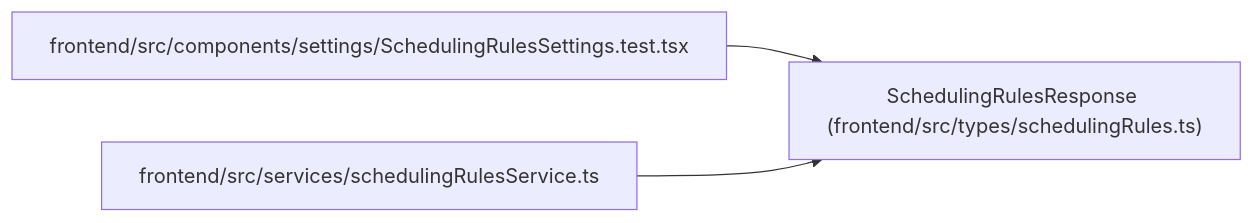
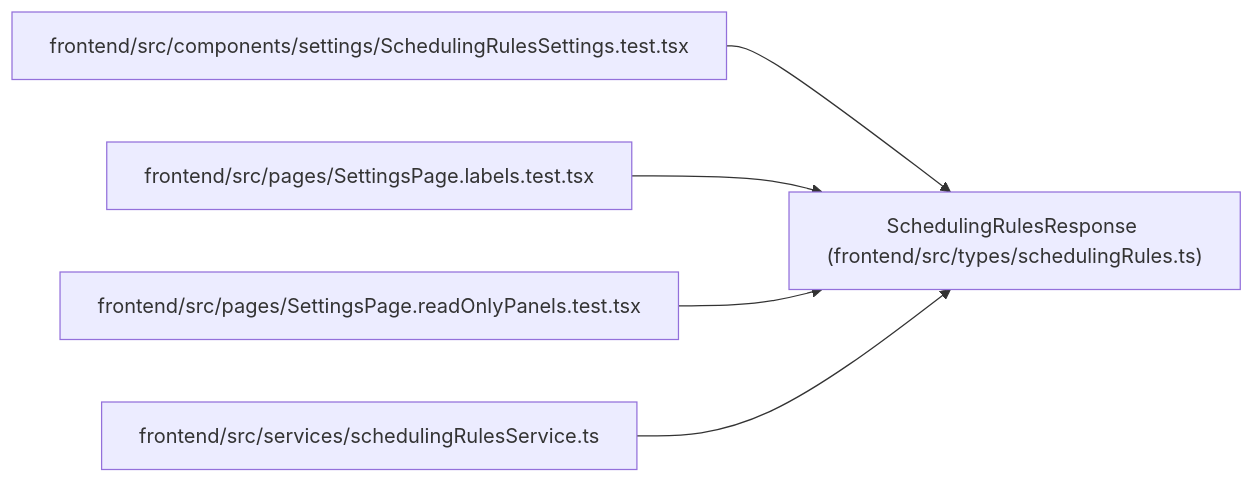
One commit to Denissvgn/WorkChord changed the diagram in docs/llm_wiki/entities/schedulingRules_SchedulingRulesResponse.md. Above: the diagram before and after it, drawn with Mermaid. The commit also changed other lines of this file and 2373 other files, not shown here.

````diff
--- a/docs/llm_wiki/entities/schedulingRules_SchedulingRulesResponse.md
+++ b/docs/llm_wiki/entities/schedulingRules_SchedulingRulesResponse.md
@@ -26,11 +26,17 @@
 ```mermaid
 flowchart LR
     n0["SchedulingRulesResponse (frontend/src/types/schedulingRules.ts)"]
     n1["frontend/src/components/settings/SchedulingRulesSettings.test.tsx"]
-    n2["frontend/src/services/schedulingRulesService.ts"]
+    n2["frontend/src/pages/SettingsPage.labels.test.tsx"]
+    n3["frontend/src/pages/SettingsPage.readOnlyPanels.test.tsx"]
+    n4["frontend/src/services/schedulingRulesService.ts"]
     n1 --> n0
     n2 --> n0
+    n3 --> n0
+    n4 --> n0
     click n0 "../modules/schedulingRules.md"
     click n1 "../modules/SchedulingRulesSettings.test.md"
-    click n2 "../modules/schedulingRulesService.md"
+    click n2 "../modules/SettingsPage.labels.test.md"
+    click n3 "../modules/SettingsPage.readOnlyPanels.test.md"
+    click n4 "../modules/schedulingRulesService.md"
 ```
````
